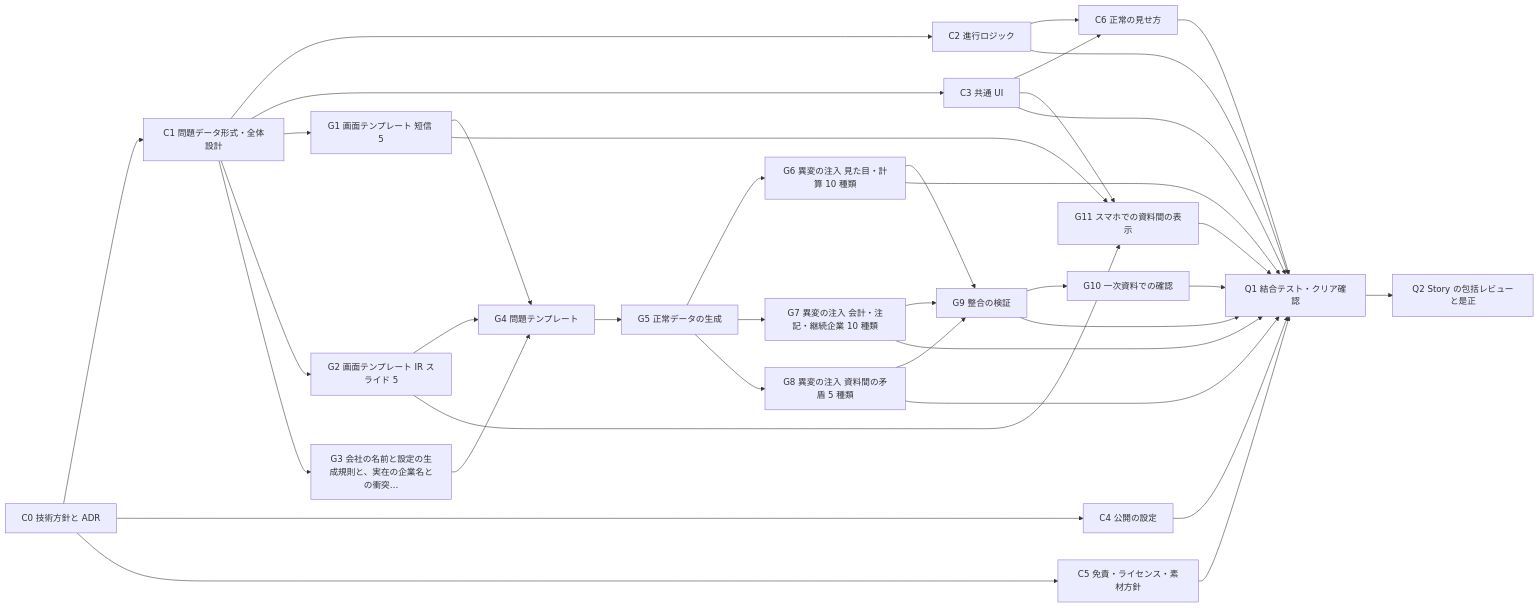
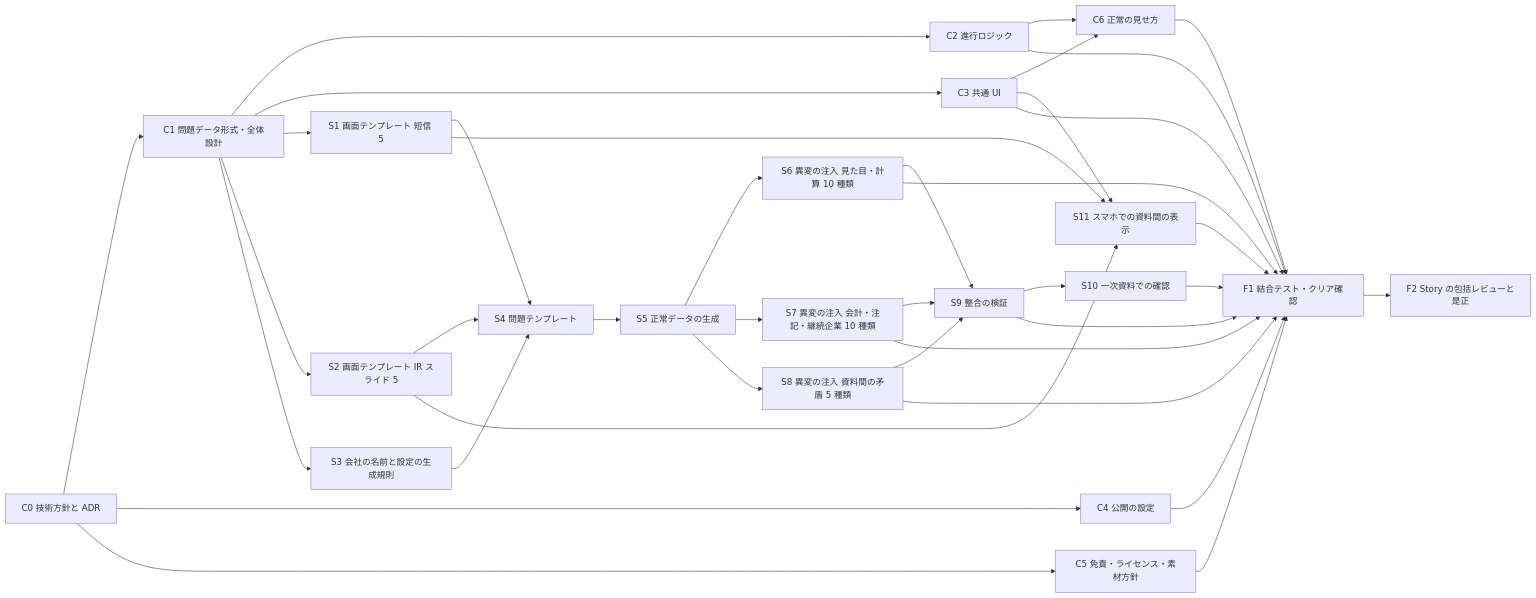
Before and after one commit to calliope-pro/kessan-8: the third of 3 diagrams in docs/plans/plan-comparison.md, drawn with Mermaid. The commit also changed other lines of this file and 3 other files, not shown here.

````diff
--- a/docs/plans/plan-comparison.md
+++ b/docs/plans/plan-comparison.md
@@ -284,59 +299,59 @@
 ```mermaid
 flowchart LR
   CC0["C0 技術方針と ADR"]
   CC1["C1 問題データ形式・全体設計"]
   CC2["C2 進行ロジック"]
   CC3["C3 共通 UI"]
   CC4["C4 公開の設定"]
   CC5["C5 免責・ライセンス・素材方針"]
   CC6["C6 正常の見せ方"]
-  CG1["G1 画面テンプレート 短信 5"]
-  CG2["G2 画面テンプレート IR スライド 5"]
-  CG3["G3 会社の名前と設定の生成規則と、実在の企業名との衝突…"]
-  CG4["G4 問題テンプレート"]
-  CG5["G5 正常データの生成"]
-  CG6["G6 異変の注入 見た目・計算 10 種類"]
-  CG7["G7 異変の注入 会計・注記・継続企業 10 種類"]
-  CG8["G8 異変の注入 資料間の矛盾 5 種類"]
-  CG9["G9 整合の検証"]
-  CG10["G10 一次資料での確認"]
-  CG11["G11 スマホでの資料間の表示"]
-  CQ1["Q1 結合テスト・クリア確認"]
-  CQ2["Q2 Story の包括レビューと是正"]
+  CS1["S1 画面テンプレート 短信 5"]
+  CS2["S2 画面テンプレート IR スライド 5"]
+  CS3["S3 会社の名前と設定の生成規則"]
+  CS4["S4 問題テンプレート"]
+  CS5["S5 正常データの生成"]
+  CS6["S6 異変の注入 見た目・計算 10 種類"]
+  CS7["S7 異変の注入 会計・注記・継続企業 10 種類"]
+  CS8["S8 異変の注入 資料間の矛盾 5 種類"]
+  CS9["S9 整合の検証"]
+  CS10["S10 一次資料での確認"]
+  CS11["S11 スマホでの資料間の表示"]
+  CF1["F1 結合テスト・クリア確認"]
+  CF2["F2 Story の包括レビューと是正"]
   CC0 --> CC1
   CC1 --> CC2
   CC1 --> CC3
   CC0 --> CC4
   CC0 --> CC5
   CC2 --> CC6
   CC3 --> CC6
-  CC1 --> CG1
-  CC1 --> CG2
-  CC1 --> CG3
-  CG1 --> CG4
-  CG2 --> CG4
-  CG3 --> CG4
-  CG4 --> CG5
-  CG5 --> CG6
-  CG5 --> CG7
-  CG5 --> CG8
-  CG6 --> CG9
-  CG7 --> CG9
-  CG8 --> CG9
-  CG9 --> CG10
-  CG1 --> CG11
-  CG2 --> CG11
-  CC3 --> CG11
-  CG6 --> CQ1
-  CG7 --> CQ1
-  CG8 --> CQ1
-  CG9 --> CQ1
-  CG10 --> CQ1
-  CG11 --> CQ1
-  CC2 --> CQ1
-  CC3 --> CQ1
-  CC4 --> CQ1
-  CC5 --> CQ1
-  CC6 --> CQ1
-  CQ1 --> CQ2
+  CC1 --> CS1
+  CC1 --> CS2
+  CC1 --> CS3
+  CS1 --> CS4
+  CS2 --> CS4
+  CS3 --> CS4
+  CS4 --> CS5
+  CS5 --> CS6
+  CS5 --> CS7
+  CS5 --> CS8
+  CS6 --> CS9
+  CS7 --> CS9
+  CS8 --> CS9
+  CS9 --> CS10
+  CS1 --> CS11
+  CS2 --> CS11
+  CC3 --> CS11
+  CS6 --> CF1
+  CS7 --> CF1
+  CS8 --> CF1
+  CS9 --> CF1
+  CS10 --> CF1
+  CS11 --> CF1
+  CC2 --> CF1
+  CC3 --> CF1
+  CC4 --> CF1
+  CC5 --> CF1
+  CC6 --> CF1
+  CF1 --> CF2
 ```
````
